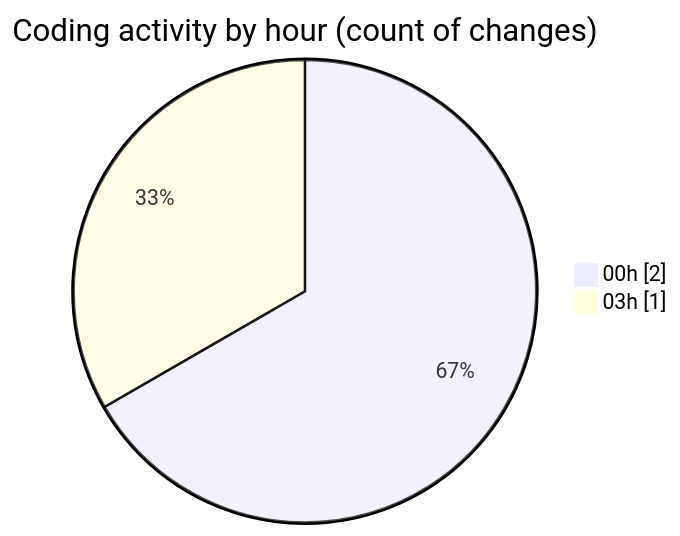
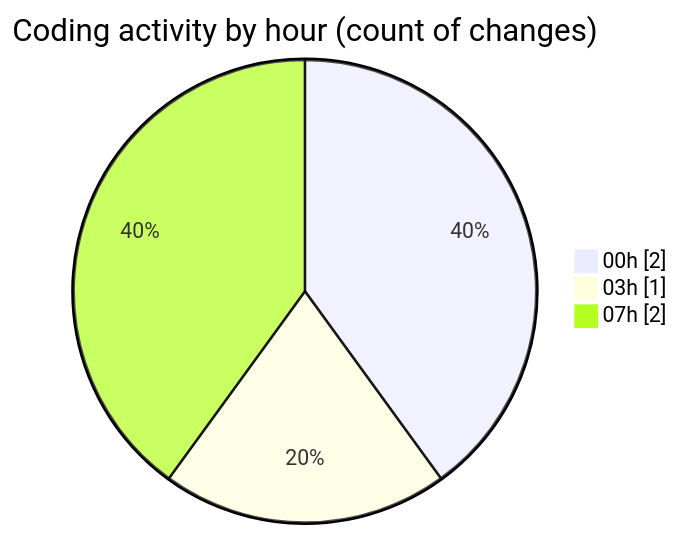
The second of 2 diagrams in 2025-08-27/reflect-parser/README.md (EIIisD/code-tracking), drawn with Mermaid before and after one commit. The commit also changed other lines of this file and 1 other file, not shown here.

````diff
--- a/2025-08-27/reflect-parser/README.md
+++ b/2025-08-27/reflect-parser/README.md
@@ -30,6 +31,7 @@
 ```mermaid
 pie showData
 title Coding activity by hour (count of changes)
 "00h" : 2
 "03h" : 1
+"07h" : 2
 ```
````
